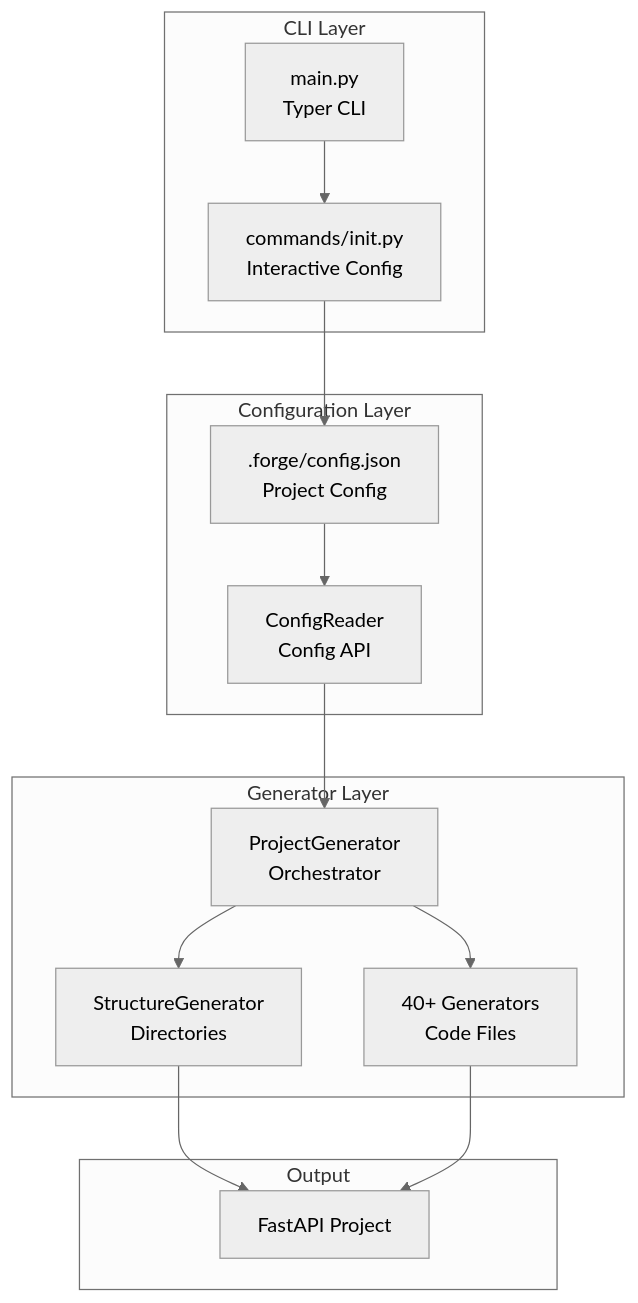
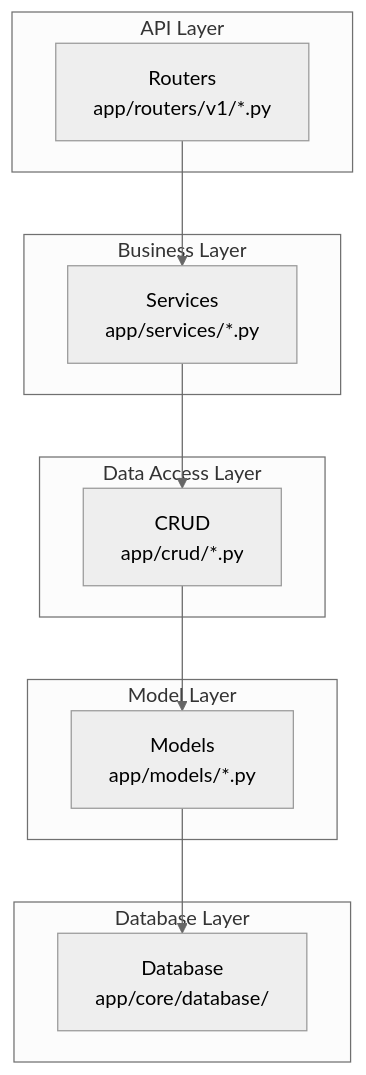
One commit to ning3739/forge changed the second of 2 diagrams in docs/architecture/overview.md. Above: the diagram before and after it, drawn with Mermaid (neutral theme). The commit also changed other lines of this file and 27 other files, not shown here.

````diff
--- a/docs/architecture/overview.md
+++ b/docs/architecture/overview.md
@@ -33,31 +188,27 @@
 ```mermaid
 flowchart TB
-    subgraph CLI["CLI Layer"]
-        A[main.py<br/>Typer CLI]
-        B[commands/init.py<br/>Interactive Config]
+    subgraph API["API Layer"]
+        R[Routers<br/>app/routers/v1/*.py]
     end
     
-    subgraph Config["Configuration Layer"]
-        C[.forge/config.json<br/>Project Config]
-        D[ConfigReader<br/>Config API]
+    subgraph Business["Business Layer"]
+        S[Services<br/>app/services/*.py]
     end
     
-    subgraph Generator["Generator Layer"]
-        E[ProjectGenerator<br/>Orchestrator]
-        F[StructureGenerator<br/>Directories]
-        G[40+ Generators<br/>Code Files]
+    subgraph Data["Data Access Layer"]
+        C[CRUD<br/>app/crud/*.py]
     end
     
-    subgraph Output["Output"]
-        H[FastAPI Project]
+    subgraph Model["Model Layer"]
+        M[Models<br/>app/models/*.py]
     end
     
-    A --> B
-    B --> C
-    C --> D
-    D --> E
-    E --> F
-    E --> G
-    F --> H
-    G --> H
+    subgraph DB["Database Layer"]
+        D[Database<br/>app/core/database/]
+    end
+    
+    R --> S
+    S --> C
+    C --> M
+    M --> D
 ```
````
